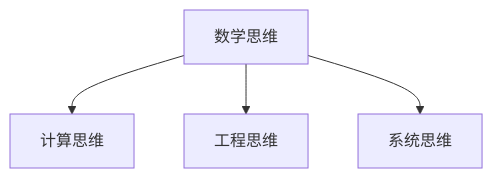
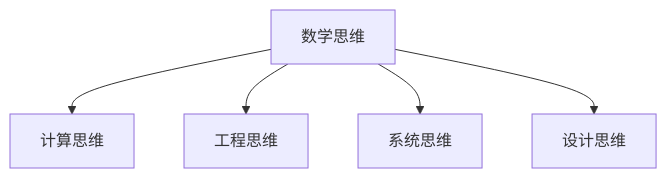
The diagram in bin/language.md (coolxv/knowledge), drawn with Mermaid before and after one commit. The commit also changed other lines of this file, not shown here.

````diff
--- a/bin/language.md
+++ b/bin/language.md
@@ -17,7 +17,7 @@
 ```mermaid
 graph TB
 A[数学思维] --> B[计算思维]
 A --> C[工程思维]
 A --> D[系统思维]
-
+A --> E[设计思维]
 ```
````
